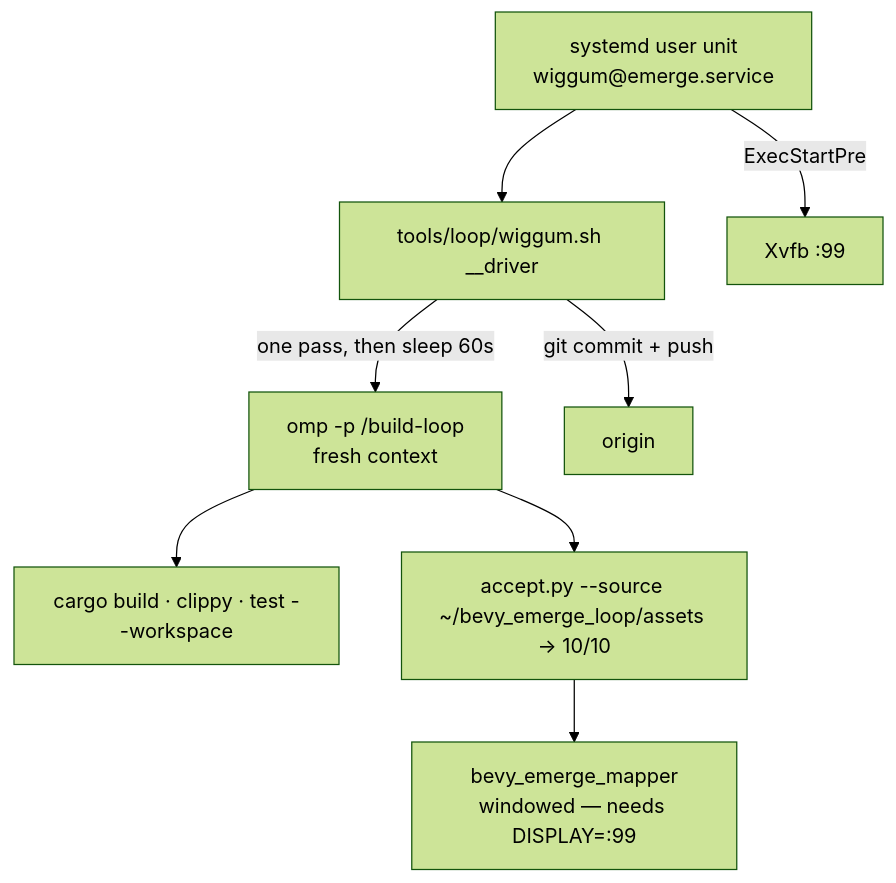
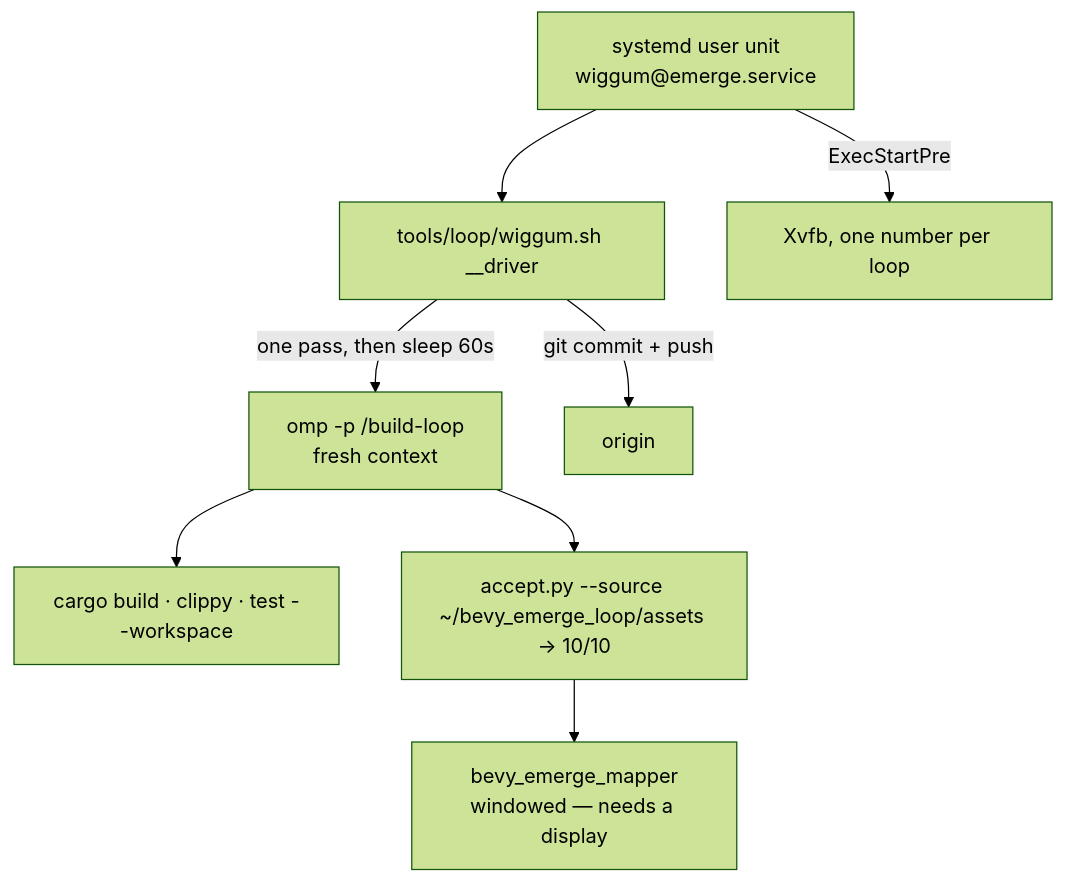
The diagram in tools/loop/README-wiggum.md (Ladvien/bevy_emerge), drawn with Mermaid (forest theme) before and after one commit. The commit also changed other lines of this file and 4 other files, not shown here.

````diff
--- a/tools/loop/README-wiggum.md
+++ b/tools/loop/README-wiggum.md
@@ -26,10 +29,10 @@
 ```mermaid
 flowchart TD
   unit["systemd user unit<br/>wiggum@emerge.service"] --> drv["tools/loop/wiggum.sh __driver"]
   drv -->|"one pass, then sleep 60s"| omp["omp -p /build-loop<br/>fresh context"]
   omp --> gate["cargo build · clippy · test --workspace"]
   omp --> acc["accept.py --source ~/bevy_emerge_loop/assets → 10/10"]
-  acc --> ed["bevy_emerge_mapper<br/>windowed — needs DISPLAY=:99"]
-  unit -->|"ExecStartPre"| xvfb["Xvfb :99"]
+  acc --> ed["bevy_emerge_mapper<br/>windowed — needs a display"]
+  unit -->|"ExecStartPre"| xvfb["Xvfb, one number per loop"]
   drv -->|"git commit + push"| gh["origin"]
 ```
````
